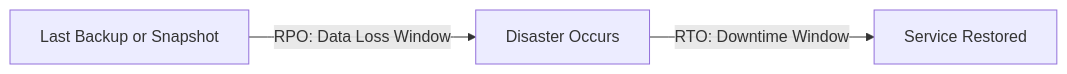
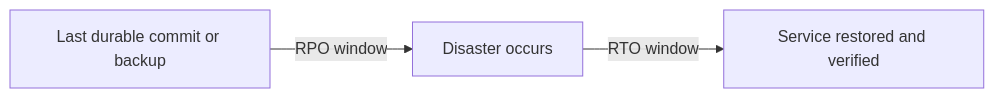
The first of 7 diagrams in src/content/docs/cloud/advanced-operations/module-8.5-disaster-recovery.md (kube-dojo/kube-dojo), drawn with Mermaid before and after one commit. The commit also changed other lines of this file, not shown here.

Commit message:
chore(content): expand+fix module-8.5-disaster-recovery to 5000w floor + cross-family review (cloud advanced-ops wave)

````diff
--- a/src/content/docs/cloud/advanced-operations/module-8.5-disaster-recovery.md
+++ b/src/content/docs/cloud/advanced-operations/module-8.5-disaster-recovery.md
@@ -38,5 +44,5 @@
 ```mermaid
 flowchart LR
-    A[Last Backup or Snapshot] -->|RPO: Data Loss Window| B[Disaster Occurs]
-    B -->|RTO: Downtime Window| C[Service Restored]
+    A[Last durable commit or backup] -->|RPO window| B[Disaster occurs]
+    B -->|RTO window| C[Service restored and verified]
 ```
````
